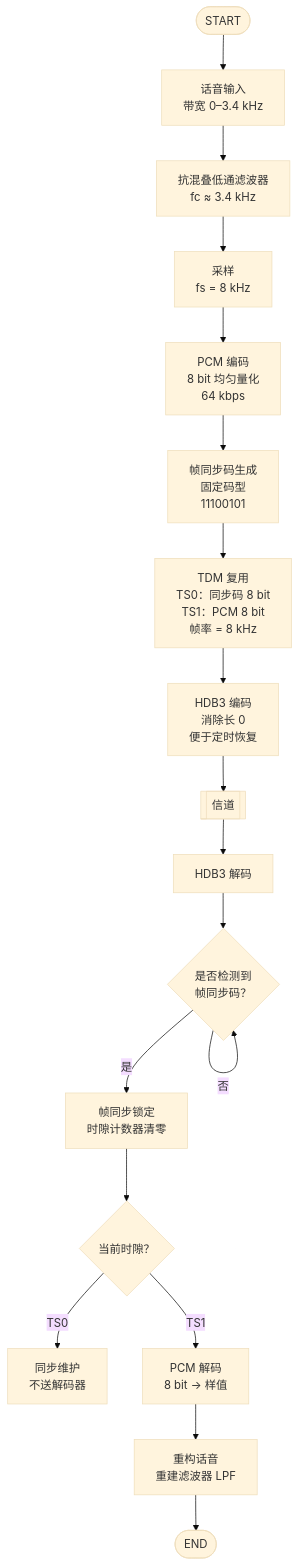
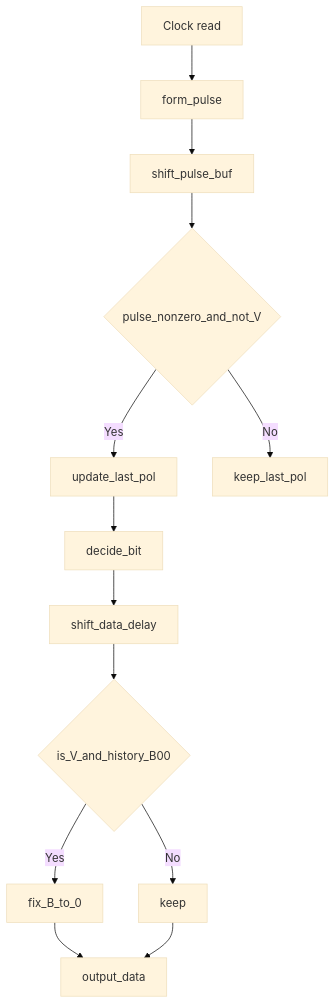
One commit to userzbb/communication_system_hdb3 changed the third of 3 diagrams in README.md. Above: the diagram before and after it, drawn with Mermaid (base theme). The commit also changed other lines of this file, not shown here.

````diff
--- a/README.md
+++ b/README.md
@@ -84,42 +793,29 @@
 ```mermaid
+
 flowchart TD
-    %% ======================
-    %% 发送端（Tx）
-    %% ======================
-    A([START]) --> B[话音输入<br/>带宽 0–3.4 kHz]
 
-    B --> C[抗混叠低通滤波器<br/>fc ≈ 3.4 kHz]
+  A[Clock read] --> B[form_pulse]
 
-    C --> D[采样<br/>fs = 8 kHz]
+  B --> C[shift_pulse_buf]
 
-    D --> E[PCM 编码<br/>8 bit 均匀量化<br/>64 kbps]
+  C --> D{pulse_nonzero_and_not_V}
 
-    E --> F[帧同步码生成<br/>固定码型<br/>11100101]
+  D -->|Yes| E[update_last_pol]
 
-    F --> G[TDM 复用<br/>TS0：同步码 8 bit<br/>TS1：PCM 8 bit<br/>帧率 = 8 kHz]
+  D -->|No| F[keep_last_pol]
 
-    G --> H[HDB3 编码<br/>消除长 0<br/>便于定时恢复]
+  E --> G[decide_bit]
 
-    H --> I[[信道]]
+  G --> H[shift_data_delay]
 
-    %% ======================
-    %% 接收端（Rx）
-    %% ======================
-    I --> J[HDB3 解码]
+  H --> I{is_V_and_history_B00}
 
-    J --> K{是否检测到<br/>帧同步码？}
+  I -->|Yes| J[fix_B_to_0]
 
-    K -- 否 --> K
-    K -- 是 --> L[帧同步锁定<br/>时隙计数器清零]
+  I -->|No| K[keep]
 
-    L --> M{当前时隙？}
+  J --> L[output_data]
 
-    M -- TS0 --> N[同步维护<br/>不送解码器]
-
-    M -- TS1 --> O[PCM 解码<br/>8 bit → 样值]
-
-    O --> P[重构话音<br/>重建滤波器 LPF]
-
-    P --> Q([END])
+  K --> L
 
 ```
````
